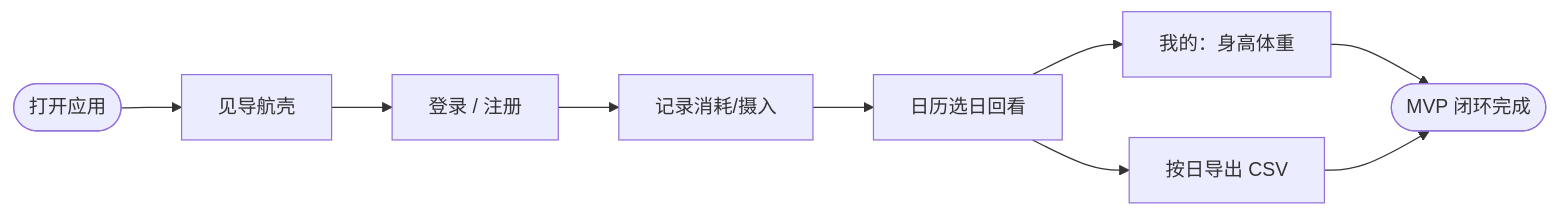
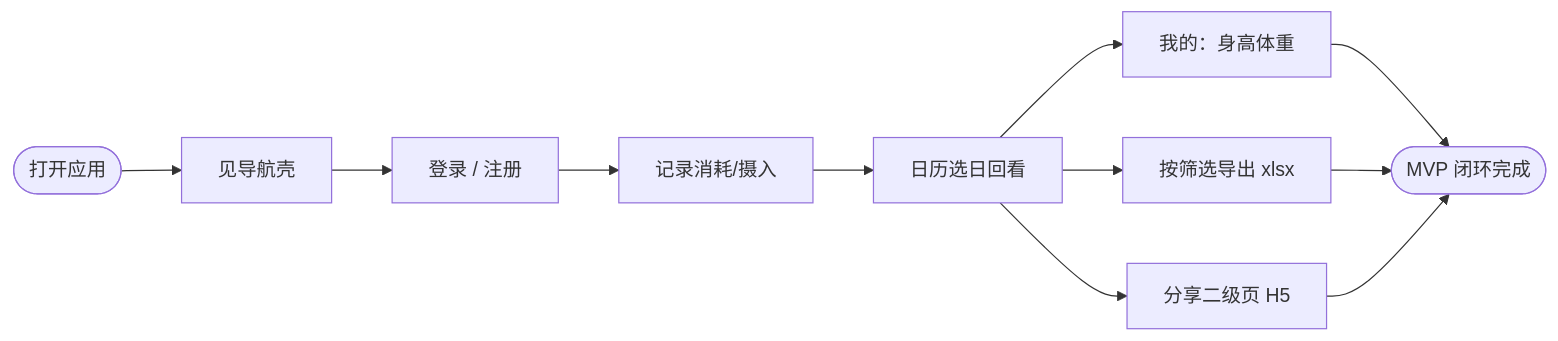
One commit to lippchan-cloud/workOut changed diagram 11 of 11 in doc/workOut-技术架构.md. Above: the diagram before and after it, drawn with Mermaid. The commit also changed other lines of this file and 21 other files, not shown here.

````diff
--- a/doc/workOut-技术架构.md
+++ b/doc/workOut-技术架构.md
@@ -314,11 +336,13 @@
 ```mermaid
 flowchart LR
   Start(["打开应用"]) --> Shell["见导航壳"]
   Shell --> Auth["登录 / 注册"]
   Auth --> Record["记录消耗/摄入"]
   Record --> Calendar["日历选日回看"]
-  Calendar --> Export["按日导出 CSV"]
+  Calendar --> Export["按筛选导出 xlsx"]
+  Calendar --> Share["分享二级页 H5"]
   Calendar --> Profile["我的：身高体重"]
   Profile --> Done(["MVP 闭环完成"])
   Export --> Done
+  Share --> Done
 ```
````
